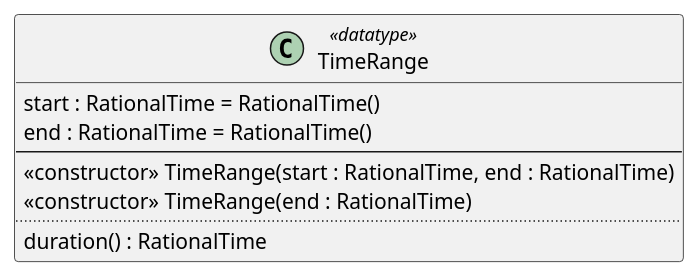
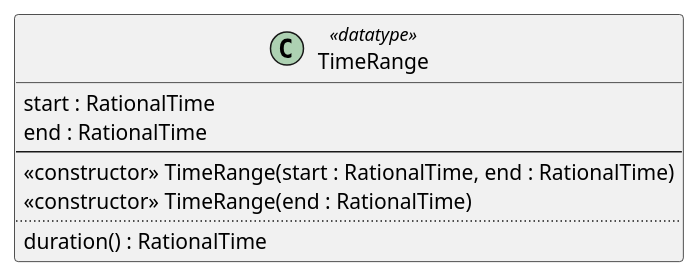
One commit to sandflow/otio-core-specification changed diagram 32 of 32 in src/main/md/otio-core.md. Above: the diagram before and after it, drawn with PlantUML. The commit also changed other lines of this file, not shown here.

````diff
--- a/src/main/md/otio-core.md
+++ b/src/main/md/otio-core.md
@@ -1845,17 +1843,17 @@
 ```puml
 @startuml
 hide empty members
 skinparam classAttributeIconSize 0
 
 class TimeRange <<datatype>> {
-  start : RationalTime = RationalTime()
-  end : RationalTime = RationalTime()
+  start : RationalTime
+  end : RationalTime
   --
   <<constructor>> TimeRange(start : RationalTime, end : RationalTime)
   <<constructor>> TimeRange(end : RationalTime)
   ..
   duration() : RationalTime
 }
 
 @enduml
 ```
````
